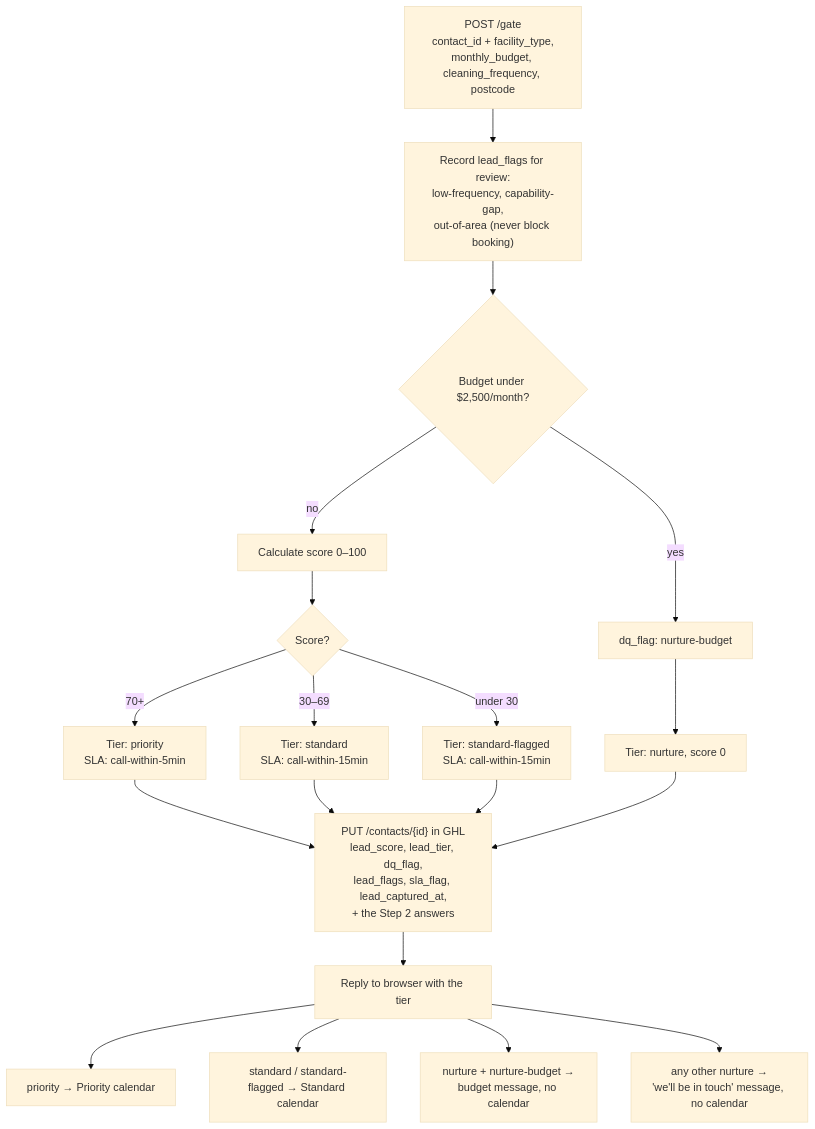
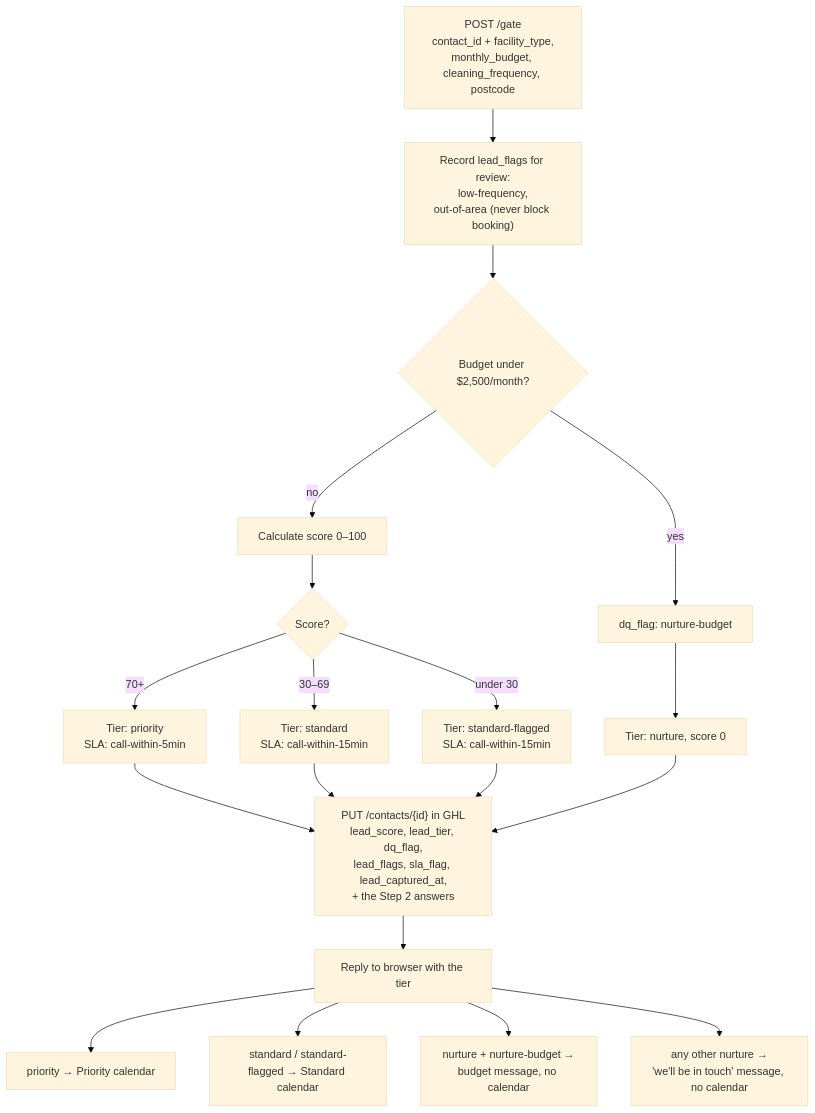
The fifth of 11 diagrams in docs/WORKER.md (VantagePointFacilityServices/vpfs-website), drawn with Mermaid (base theme) before and after one commit. The commit also changed other lines of this file and 23 other files, not shown here.

````diff
--- a/docs/WORKER.md
+++ b/docs/WORKER.md
@@ -322,22 +322,22 @@
 ```mermaid
 flowchart TD
     IN["POST /gate<br/>contact_id + facility_type,<br/>monthly_budget, cleaning_frequency, postcode"]
-    IN --> FL["Record lead_flags for review:<br/>low-frequency, capability-gap,<br/>out-of-area (never block booking)"]
+    IN --> FL["Record lead_flags for review:<br/>low-frequency,<br/>out-of-area (never block booking)"]
     FL --> D1{"Budget under $2,500/month?"}
     D1 -- yes --> N1["dq_flag: nurture-budget"]
     D1 -- no --> SC["Calculate score 0–100"]
 
     N1 --> NUR["Tier: nurture, score 0"]
     SC --> T{"Score?"}
     T -- "70+" --> PR["Tier: priority<br/>SLA: call-within-5min"]
     T -- "30–69" --> ST["Tier: standard<br/>SLA: call-within-15min"]
     T -- "under 30" --> SF["Tier: standard-flagged<br/>SLA: call-within-15min"]
 
     PR & ST & SF & NUR --> WB["PUT /contacts/{id} in GHL<br/>lead_score, lead_tier, dq_flag,<br/>lead_flags, sla_flag, lead_captured_at,<br/>+ the Step 2 answers"]
     WB --> OUT["Reply to browser with the tier"]
 
     OUT --> C1["priority → Priority calendar"]
     OUT --> C2["standard / standard-flagged → Standard calendar"]
     OUT --> C3["nurture + nurture-budget →<br/>budget message, no calendar"]
     OUT --> C4["any other nurture →<br/>'we'll be in touch' message, no calendar"]
 ```
````
